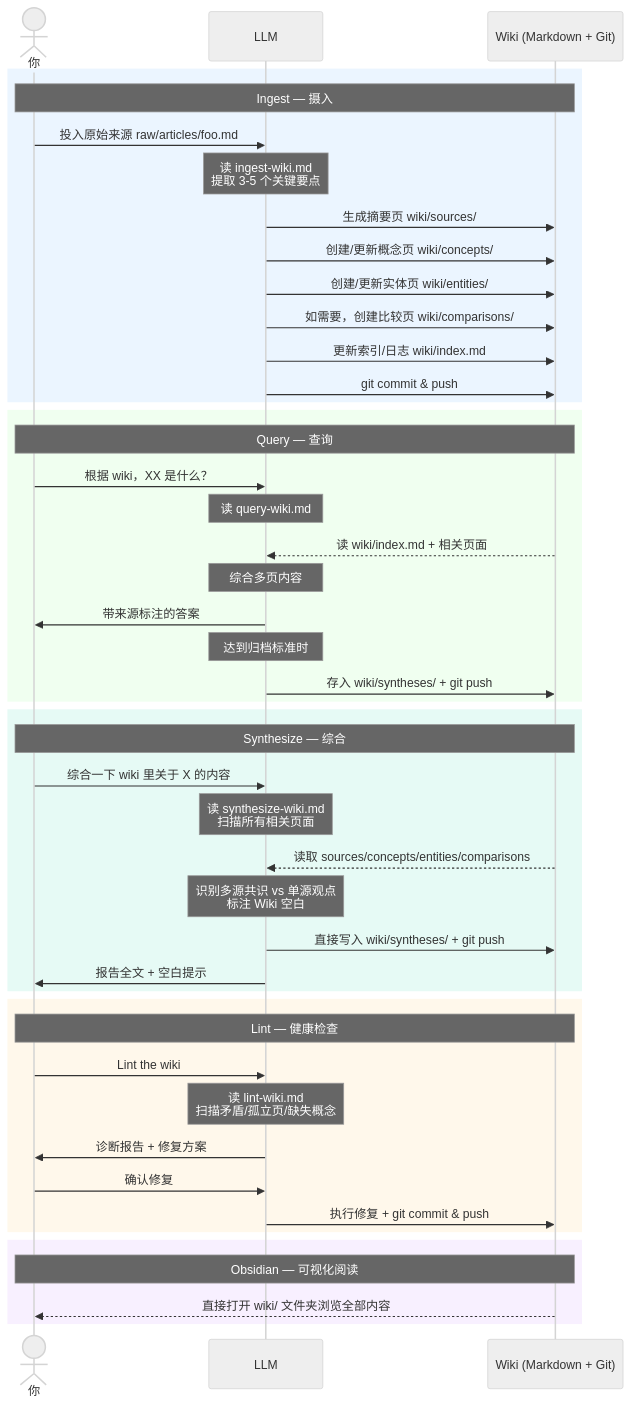
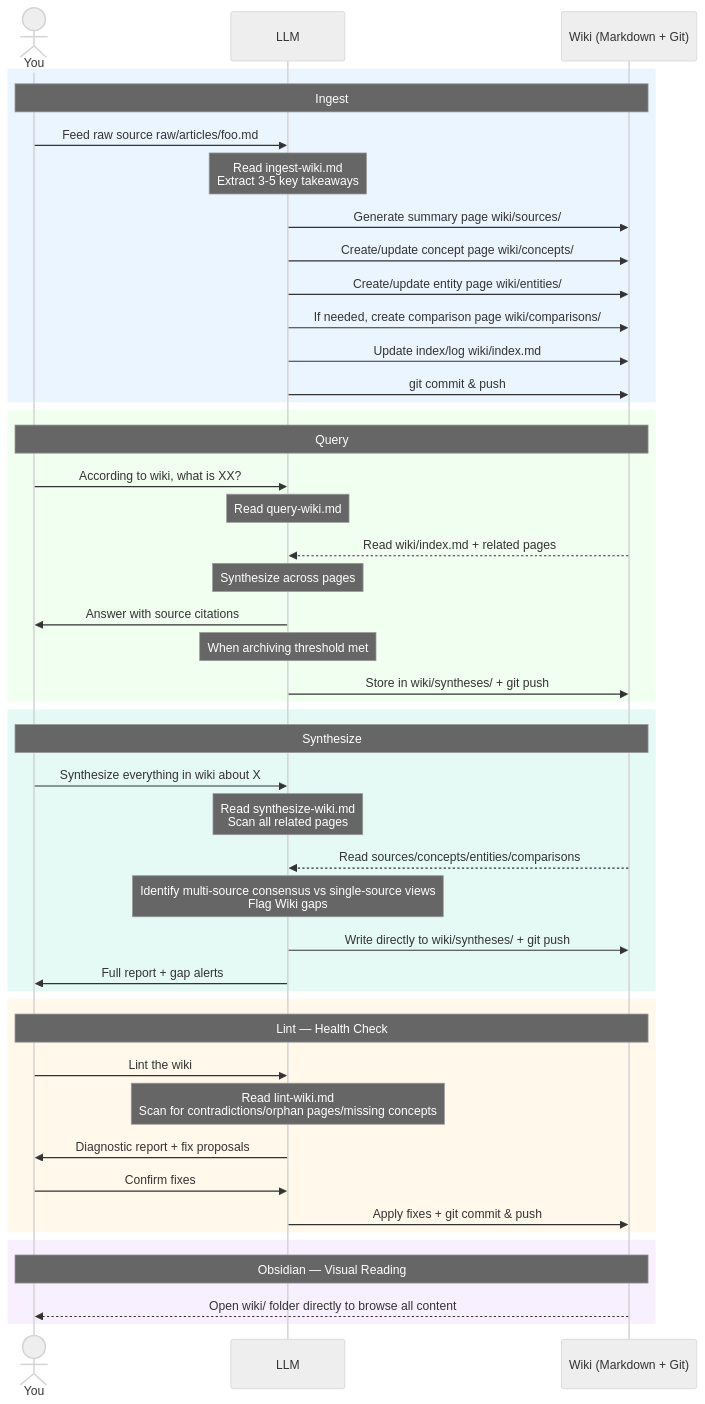
Before and after one commit to xiaoyuze88/karpathy-llm-wiki-boilerplate: the diagram in README.md, drawn with Mermaid (neutral theme). The commit also changed other lines of this file and 21 other files, not shown here.

````diff
--- a/README.md
+++ b/README.md
@@ -29,53 +29,53 @@
 ```mermaid
 sequenceDiagram
-    actor 你
+    actor You
     participant LLM
     participant Wiki as Wiki (Markdown + Git)
 
     rect rgb(235, 245, 255)
-        Note over 你,Wiki: Ingest — 摄入
-        你->>LLM: 投入原始来源 raw/articles/foo.md
-        Note over LLM: 读 ingest-wiki.md<br/>提取 3-5 个关键要点
-        LLM->>Wiki: 生成摘要页 wiki/sources/
-        LLM->>Wiki: 创建/更新概念页 wiki/concepts/
-        LLM->>Wiki: 创建/更新实体页 wiki/entities/
-        LLM->>Wiki: 如需要，创建比较页 wiki/comparisons/
-        LLM->>Wiki: 更新索引/日志 wiki/index.md
+        Note over You,Wiki: Ingest
+        You->>LLM: Feed raw source raw/articles/foo.md
+        Note over LLM: Read ingest-wiki.md<br/>Extract 3-5 key takeaways
+        LLM->>Wiki: Generate summary page wiki/sources/
+        LLM->>Wiki: Create/update concept page wiki/concepts/
+        LLM->>Wiki: Create/update entity page wiki/entities/
+        LLM->>Wiki: If needed, create comparison page wiki/comparisons/
+        LLM->>Wiki: Update index/log wiki/index.md
         LLM->>Wiki: git commit & push
     end
 
     rect rgb(240, 255, 240)
-        Note over 你,Wiki: Query — 查询
-        你->>LLM: 根据 wiki，XX 是什么？
-        Note over LLM: 读 query-wiki.md
-        Wiki-->>LLM: 读 wiki/index.md + 相关页面
-        Note over LLM: 综合多页内容
-        LLM->>你: 带来源标注的答案
-        Note over LLM: 达到归档标准时
-        LLM->>Wiki: 存入 wiki/syntheses/ + git push
+        Note over You,Wiki: Query
+        You->>LLM: According to wiki, what is XX?
+        Note over LLM: Read query-wiki.md
+        Wiki-->>LLM: Read wiki/index.md + related pages
+        Note over LLM: Synthesize across pages
+        LLM->>You: Answer with source citations
+        Note over LLM: When archiving threshold met
+        LLM->>Wiki: Store in wiki/syntheses/ + git push
     end
 
     rect rgb(230, 250, 245)
-        Note over 你,Wiki: Synthesize — 综合
-        你->>LLM: 综合一下 wiki 里关于 X 的内容
-        Note over LLM: 读 synthesize-wiki.md<br/>扫描所有相关页面
-        Wiki-->>LLM: 读取 sources/concepts/entities/comparisons
-        Note over LLM: 识别多源共识 vs 单源观点<br/>标注 Wiki 空白
-        LLM->>Wiki: 直接写入 wiki/syntheses/ + git push
-        LLM->>你: 报告全文 + 空白提示
+        Note over You,Wiki: Synthesize
+        You->>LLM: Synthesize everything in wiki about X
+        Note over LLM: Read synthesize-wiki.md<br/>Scan all related pages
+        Wiki-->>LLM: Read sources/concepts/entities/comparisons
+        Note over LLM: Identify multi-source consensus vs single-source views<br/>Flag Wiki gaps
+        LLM->>Wiki: Write directly to wiki/syntheses/ + git push
+        LLM->>You: Full report + gap alerts
     end
 
     rect rgb(255, 248, 235)
-        Note over 你,Wiki: Lint — 健康检查
-        你->>LLM: Lint the wiki
-        Note over LLM: 读 lint-wiki.md<br/>扫描矛盾/孤立页/缺失概念
-        LLM->>你: 诊断报告 + 修复方案
-        你->>LLM: 确认修复
-        LLM->>Wiki: 执行修复 + git commit & push
+        Note over You,Wiki: Lint — Health Check
+        You->>LLM: Lint the wiki
+        Note over LLM: Read lint-wiki.md<br/>Scan for contradictions/orphan pages/missing concepts
+        LLM->>You: Diagnostic report + fix proposals
+        You->>LLM: Confirm fixes
+        LLM->>Wiki: Apply fixes + git commit & push
     end
 
     rect rgb(248, 240, 255)
-        Note over 你,Wiki: Obsidian — 可视化阅读
-        Wiki-->>你: 直接打开 wiki/ 文件夹浏览全部内容
+        Note over You,Wiki: Obsidian — Visual Reading
+        Wiki-->>You: Open wiki/ folder directly to browse all content
     end
 ```
````
